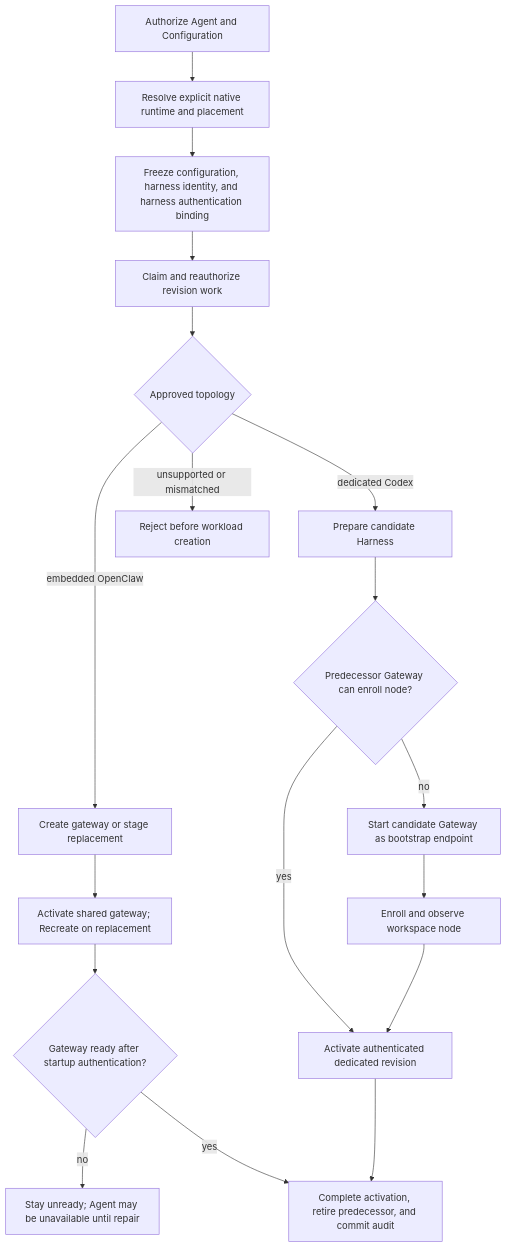
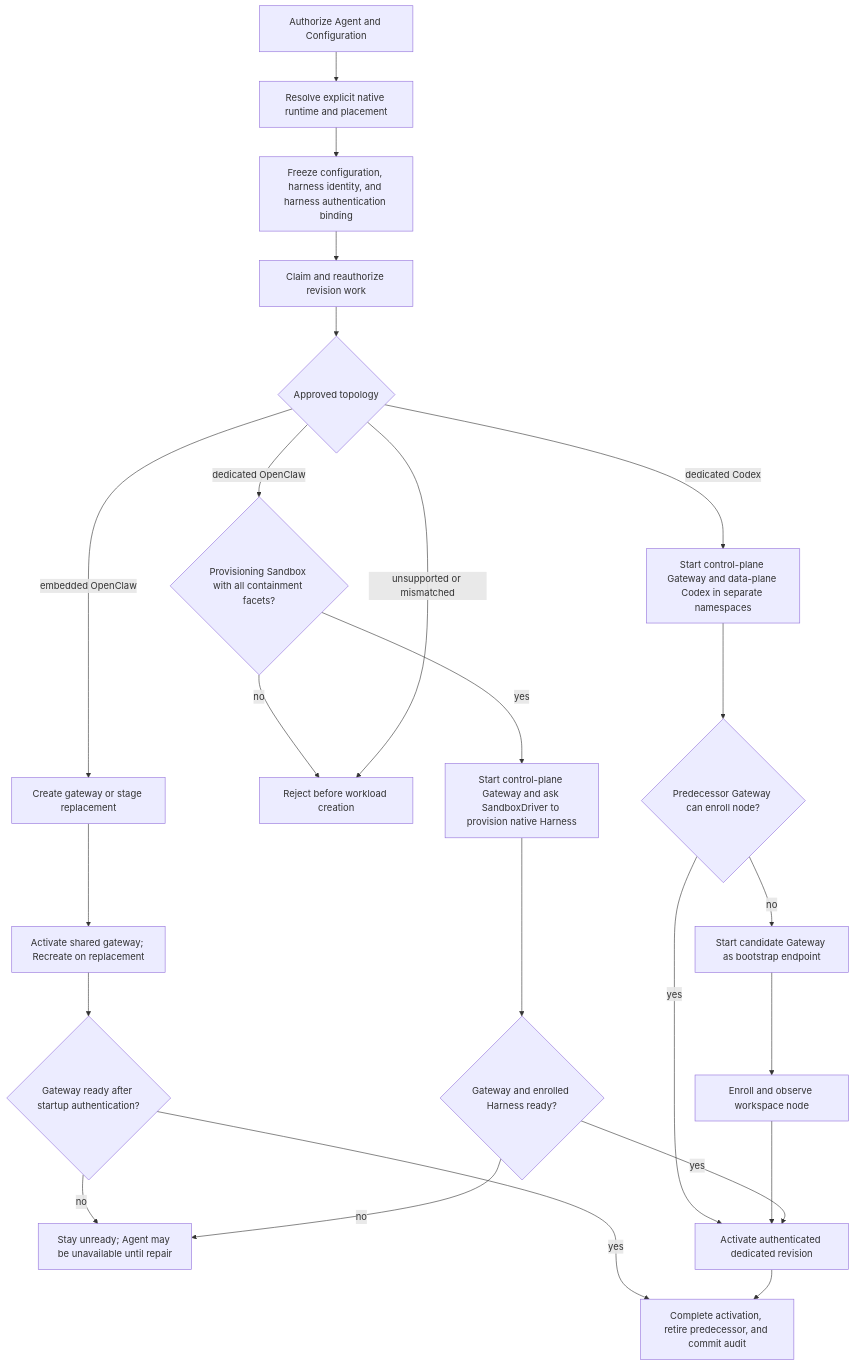
The diagram in docs/flows/harness-execution-topology.md (IsaiahStapleton/openclaw-enterprise), drawn with Mermaid before and after one commit. The commit also changed other lines of this file and 38 other files, not shown here.

Commit message:
Add dedicated native OpenClaw harness

````diff
--- a/docs/flows/harness-execution-topology.md
+++ b/docs/flows/harness-execution-topology.md
@@ -28,20 +28,26 @@
 ```mermaid
 graph TD
   A["Authorize Agent and Configuration"] --> B["Resolve explicit native runtime and placement"]
   B --> C["Freeze configuration, harness identity, and harness authentication binding"]
   C --> D["Claim and reauthorize revision work"]
   D --> E{"Approved topology"}
   E -->|embedded OpenClaw| F["Create gateway or stage replacement"]
-  E -->|dedicated Codex| G["Prepare candidate Harness"]
+  E -->|dedicated Codex| G["Start control-plane Gateway and data-plane Codex in separate namespaces"]
+  E -->|dedicated OpenClaw| Q{"Provisioning Sandbox with all containment facets?"}
+  Q -->|no| H
+  Q -->|yes| R["Start control-plane Gateway and ask SandboxDriver to provision native Harness"]
   E -->|unsupported or mismatched| H["Reject before workload creation"]
   F --> I["Activate shared gateway; Recreate on replacement"]
   I --> K{"Gateway ready after startup authentication?"}
   K -->|no| L["Stay unready; Agent may be unavailable until repair"]
   K -->|yes| J["Complete activation, retire predecessor, and commit audit"]
   G --> N{"Predecessor Gateway can enroll node?"}
   N -->|yes| M["Activate authenticated dedicated revision"]
   N -->|no| O["Start candidate Gateway as bootstrap endpoint"]
   O --> P["Enroll and observe workspace node"]
   P --> M
+  R --> S{"Gateway and enrolled Harness ready?"}
+  S -->|no| L
+  S -->|yes| M
   M --> J
 ```
````
